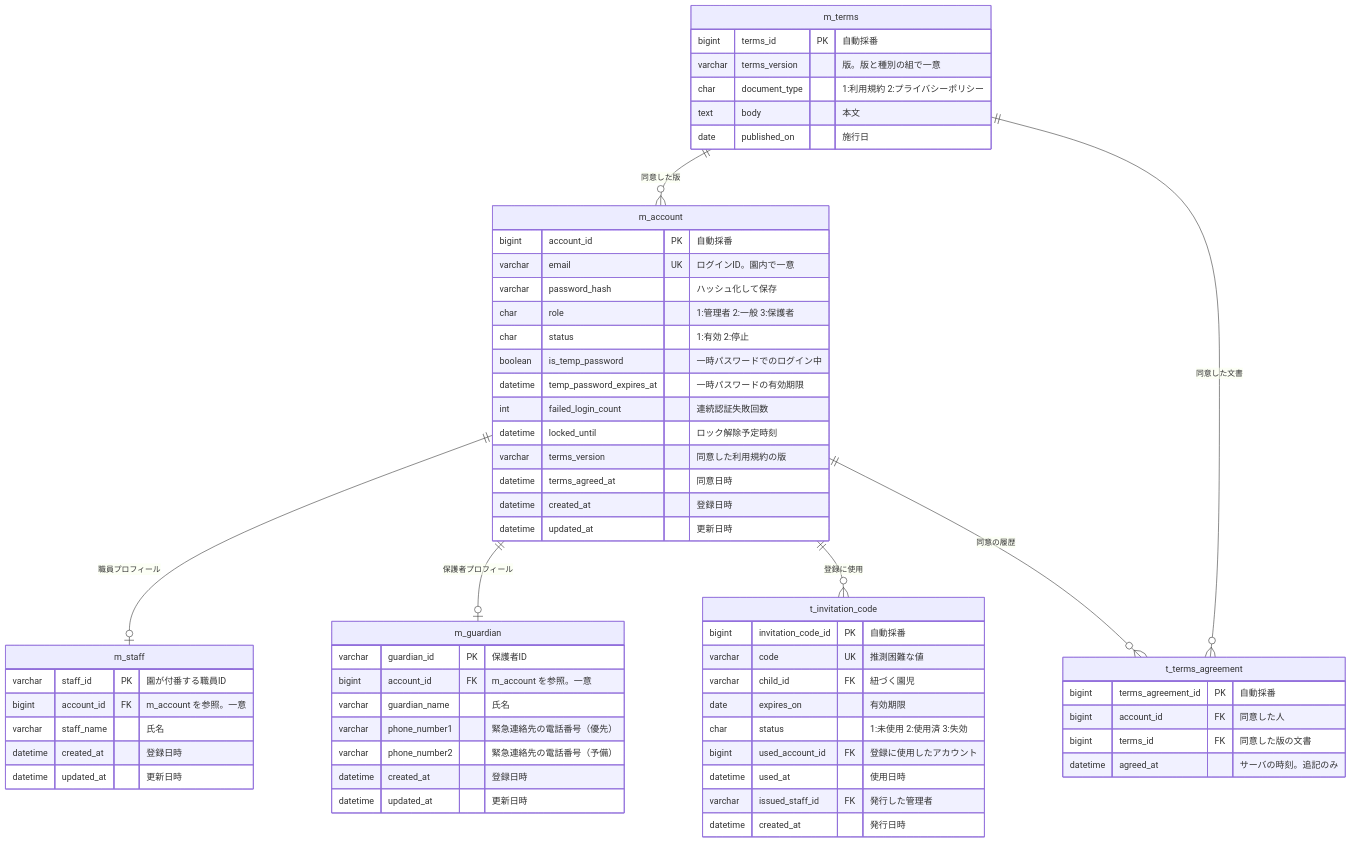
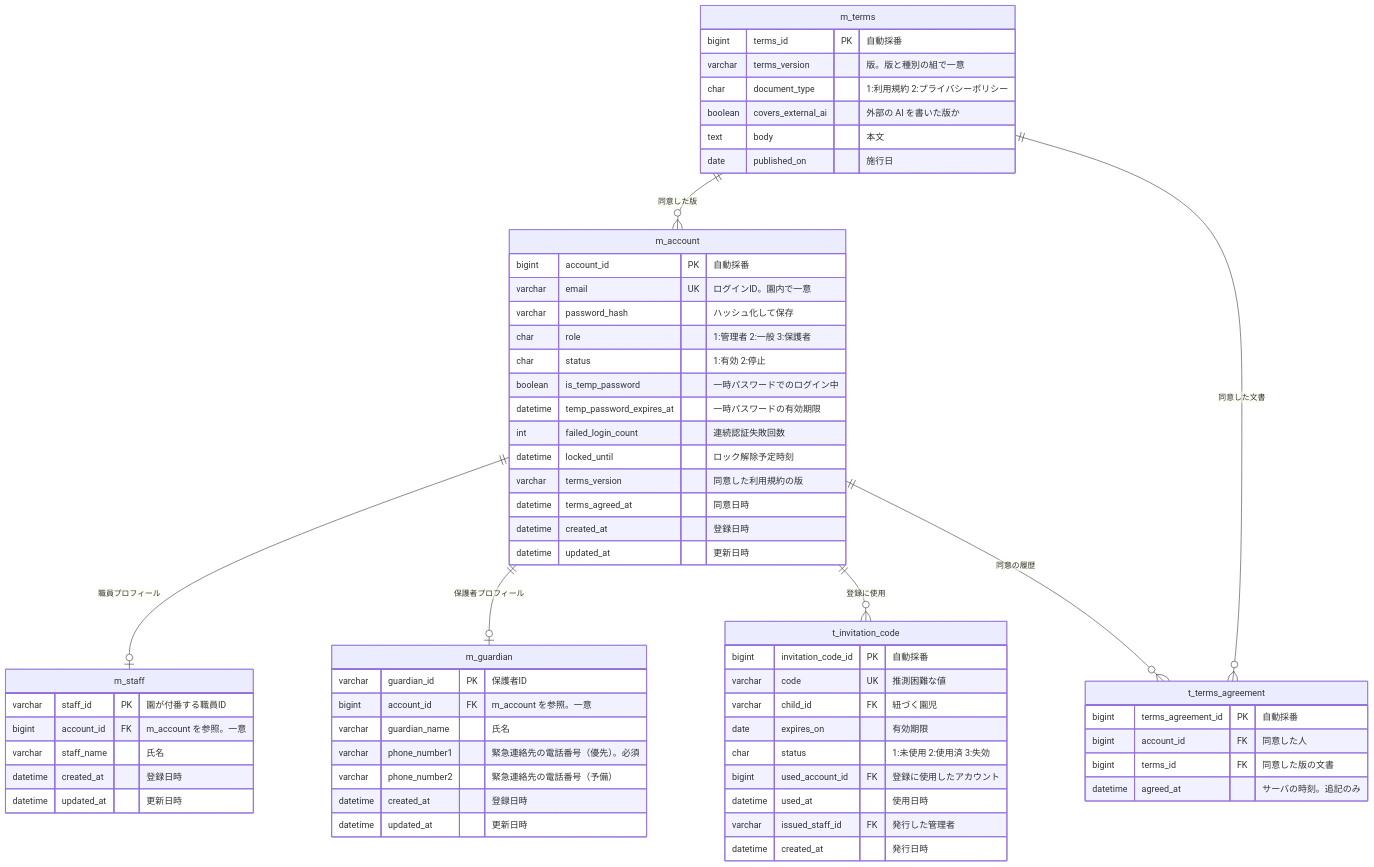
The second of 9 diagrams in 図/ER図.md (issei0423/sukusuku_system), drawn with Mermaid before and after one commit. The commit also changed other lines of this file and 3 other files, not shown here.

First line of the commit message:
基本設計書 5〜6章・ER図・インタフェース一覧を4章（design-v3-func の 88d9a51）にそろえた：午睡の間隔は1〜15分、体温は30.0〜43.0で確認を促すだけ、保護者の猶予の起点は操作を実行した日、確認しましたは外せない、操作ログの操作者にシステム、SSE の心拍は event: ping（45秒で切れたとみなす）、AI を使わない園児（未登録・未同意）、連絡先1は必須

````diff
--- a/図/ER図.md
+++ b/図/ER図.md
@@ -105,65 +105,66 @@
 ```mermaid
 erDiagram
     m_account ||--o| m_staff : "職員プロフィール"
     m_account ||--o| m_guardian : "保護者プロフィール"
     m_account ||--o{ t_invitation_code : "登録に使用"
     m_terms ||--o{ m_account : "同意した版"
     m_account ||--o{ t_terms_agreement : "同意の履歴"
     m_terms ||--o{ t_terms_agreement : "同意した文書"
 
     m_account {
         bigint account_id PK "自動採番"
         varchar email UK "ログインID。園内で一意"
         varchar password_hash "ハッシュ化して保存"
         char role "1:管理者 2:一般 3:保護者"
         char status "1:有効 2:停止"
         boolean is_temp_password "一時パスワードでのログイン中"
         datetime temp_password_expires_at "一時パスワードの有効期限"
         int failed_login_count "連続認証失敗回数"
         datetime locked_until "ロック解除予定時刻"
         varchar terms_version "同意した利用規約の版"
         datetime terms_agreed_at "同意日時"
         datetime created_at "登録日時"
         datetime updated_at "更新日時"
     }
     m_staff {
         varchar staff_id PK "園が付番する職員ID"
         bigint account_id FK "m_account を参照。一意"
         varchar staff_name "氏名"
         datetime created_at "登録日時"
         datetime updated_at "更新日時"
     }
     m_guardian {
         varchar guardian_id PK "保護者ID"
         bigint account_id FK "m_account を参照。一意"
         varchar guardian_name "氏名"
-        varchar phone_number1 "緊急連絡先の電話番号（優先）"
+        varchar phone_number1 "緊急連絡先の電話番号（優先）。必須"
         varchar phone_number2 "緊急連絡先の電話番号（予備）"
         datetime created_at "登録日時"
         datetime updated_at "更新日時"
     }
     m_terms {
         bigint terms_id PK "自動採番"
         varchar terms_version "版。版と種別の組で一意"
         char document_type "1:利用規約 2:プライバシーポリシー"
+        boolean covers_external_ai "外部の AI を書いた版か"
         text body "本文"
         date published_on "施行日"
     }
     t_terms_agreement {
         bigint terms_agreement_id PK "自動採番"
         bigint account_id FK "同意した人"
         bigint terms_id FK "同意した版の文書"
         datetime agreed_at "サーバの時刻。追記のみ"
     }
     t_invitation_code {
         bigint invitation_code_id PK "自動採番"
         varchar code UK "推測困難な値"
         varchar child_id FK "紐づく園児"
         date expires_on "有効期限"
         char status "1:未使用 2:使用済 3:失効"
         bigint used_account_id FK "登録に使用したアカウント"
         datetime used_at "使用日時"
         varchar issued_staff_id FK "発行した管理者"
         datetime created_at "発行日時"
     }
 ```
````
